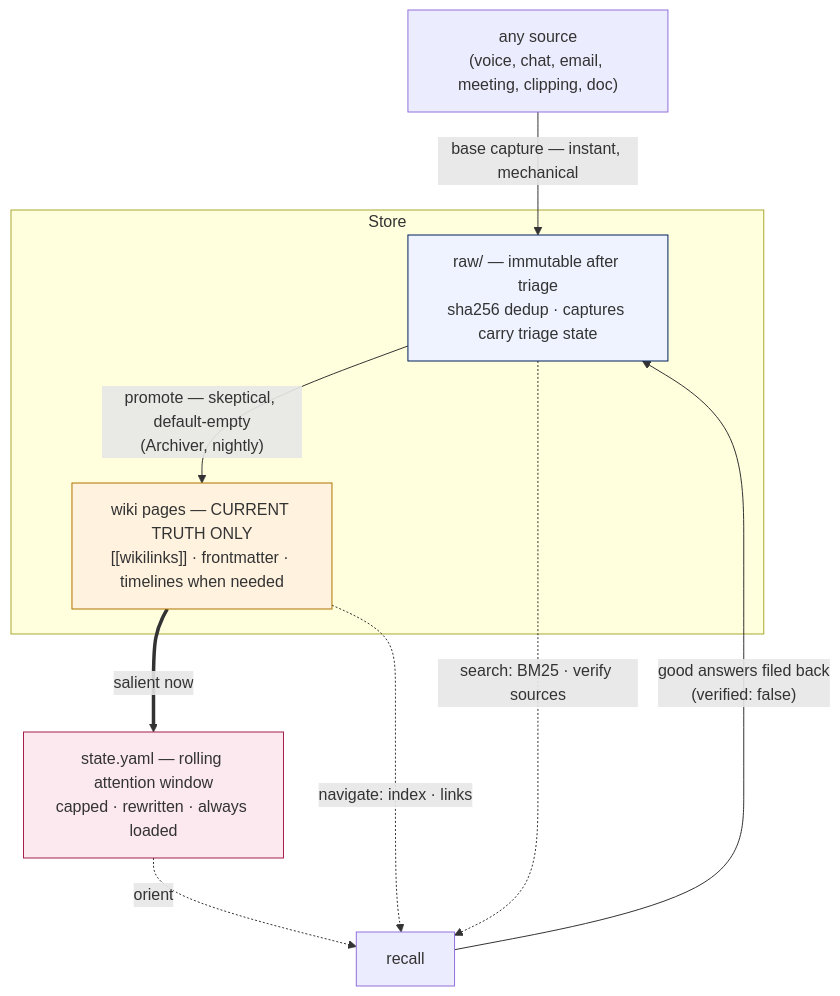
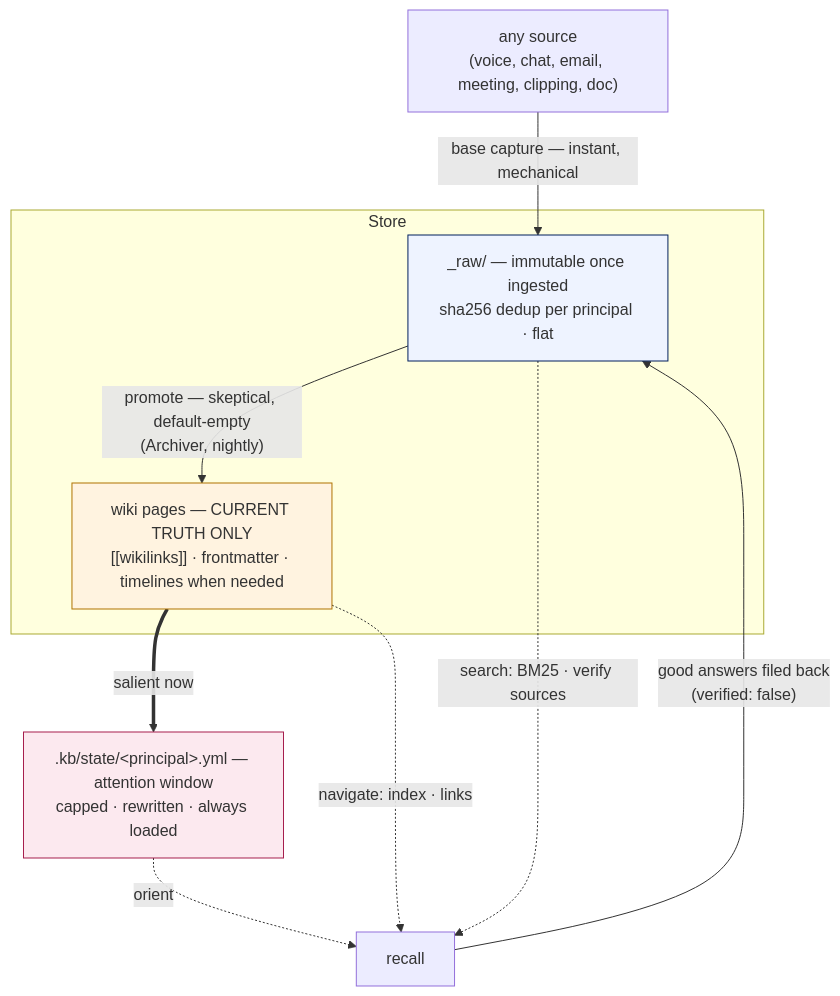
The diagram in design/kb-methodology.md (AlmogBaku/aos), drawn with Mermaid before and after one commit. The commit also changed other lines of this file, not shown here.

````diff
--- a/design/kb-methodology.md
+++ b/design/kb-methodology.md
@@ -46,20 +46,20 @@
 ```mermaid
 flowchart TB
     IN["any source<br/>(voice, chat, email, meeting, clipping, doc)"]
     subgraph STORE["Store"]
-      R["raw/ — immutable after triage<br/>sha256 dedup · captures carry triage state"]
+      R["_raw/ — immutable once ingested<br/>sha256 dedup per principal · flat"]
       W["wiki pages — CURRENT TRUTH ONLY<br/>[[wikilinks]] · frontmatter · timelines when needed"]
     end
-    S["state.yaml — rolling attention window<br/>capped · rewritten · always loaded"]
+    S[".kb/state/&lt;principal&gt;.yml — attention window<br/>capped · rewritten · always loaded"]
     IN -->|"base capture — instant, mechanical"| R
     R -->|"promote — skeptical, default-empty<br/>(Archiver, nightly)"| W
     W ==>|"salient now"| S
     S -.->|"orient"| RET["recall"]
     W -.->|"navigate: index · links"| RET
     R -.->|"search: BM25 · verify sources"| RET
     RET -->|"good answers filed back<br/>(verified: false)"| R
 
     style R fill:#EEF3FF,stroke:#001F5C
     style W fill:#FFF3E0,stroke:#B07300
     style S fill:#FCE9EF,stroke:#A61E4D
 ```
````
